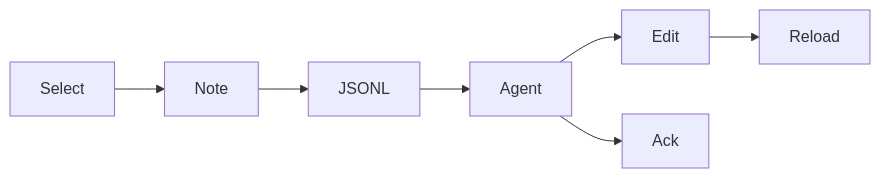
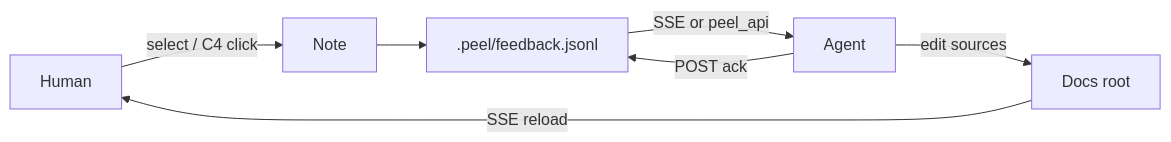
Before and after one commit to wnoronha/peel: the diagram in docs/deck-peel-tour.md, drawn with Mermaid. The commit also changed other lines of this file and 20 other files, not shown here.

````diff
--- a/docs/deck-peel-tour.md
+++ b/docs/deck-peel-tour.md
@@ -43,9 +24,9 @@
 ```mermaid
 flowchart LR
-  S[Select] --> N[Note]
-  N --> L[JSONL]
-  L --> A[Agent]
-  A --> E[Edit]
-  E --> R[Reload]
-  A --> K[Ack]
+  H[Human] -->|select / C4 click| N[Note]
+  N --> L[.peel/feedback.jsonl]
+  L -->|SSE or peel_api| A[Agent]
+  A -->|edit sources| D[Docs root]
+  A -->|POST ack| L
+  D -->|SSE reload| H
 ```
````
